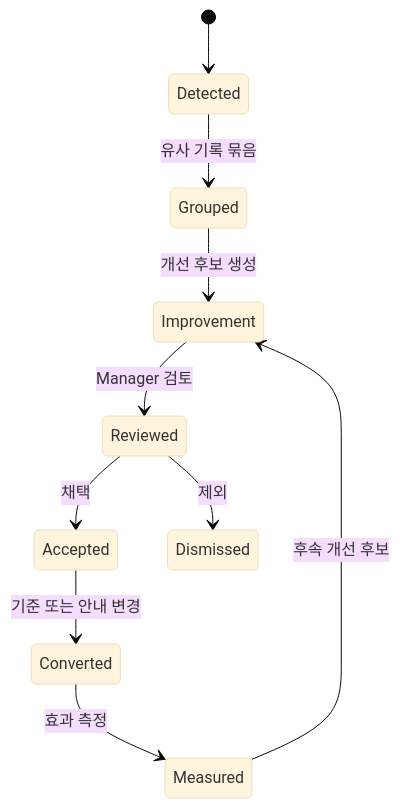
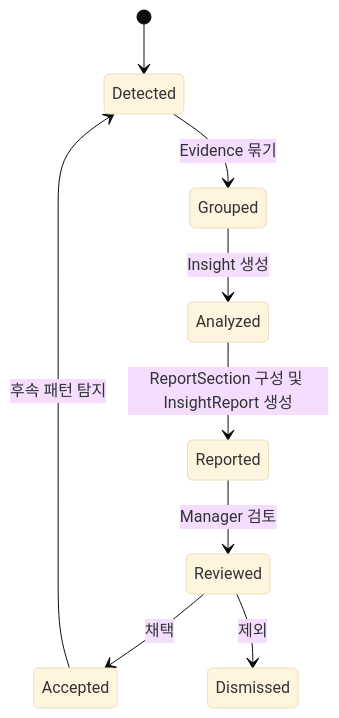
The fourth of 4 diagrams in docs/03-data-lifecycle.md (ewoooo/living-brand-system), drawn with Mermaid (base theme) before and after one commit. The commit also changed other lines of this file and 3 other files, not shown here.

````diff
--- a/docs/03-data-lifecycle.md
+++ b/docs/03-data-lifecycle.md
@@ -210,12 +265,11 @@
 ```mermaid
 stateDiagram-v2
   [*] --> Detected
-  Detected --> Grouped: 유사 기록 묶음
-  Grouped --> Improvement: 개선 후보 생성
-  Improvement --> Reviewed: Manager 검토
+  Detected --> Grouped: Evidence 묶기
+  Grouped --> Analyzed: Insight 생성
+  Analyzed --> Reported: ReportSection 구성 및 InsightReport 생성
+  Reported --> Reviewed: Manager 검토
   Reviewed --> Accepted: 채택
   Reviewed --> Dismissed: 제외
-  Accepted --> Converted: 기준 또는 안내 변경
-  Converted --> Measured: 효과 측정
-  Measured --> Improvement: 후속 개선 후보
+  Accepted --> Detected: 후속 패턴 탐지
 ```
````
